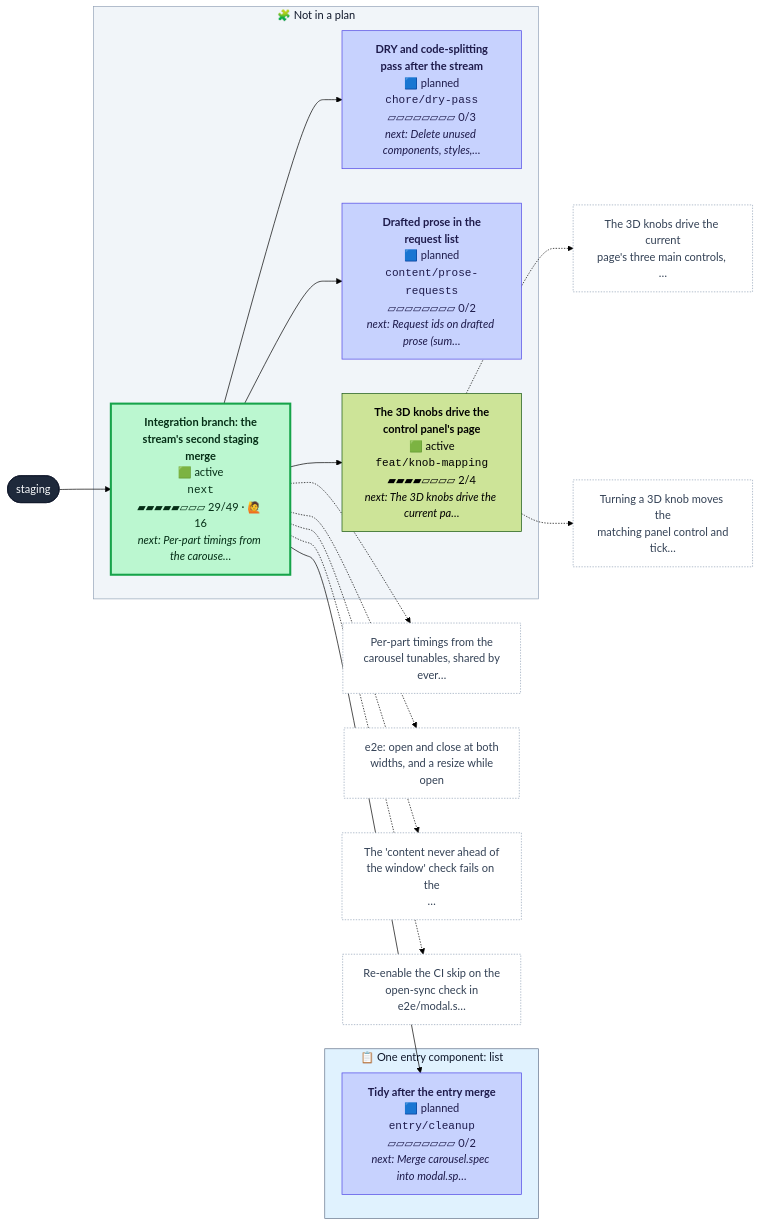
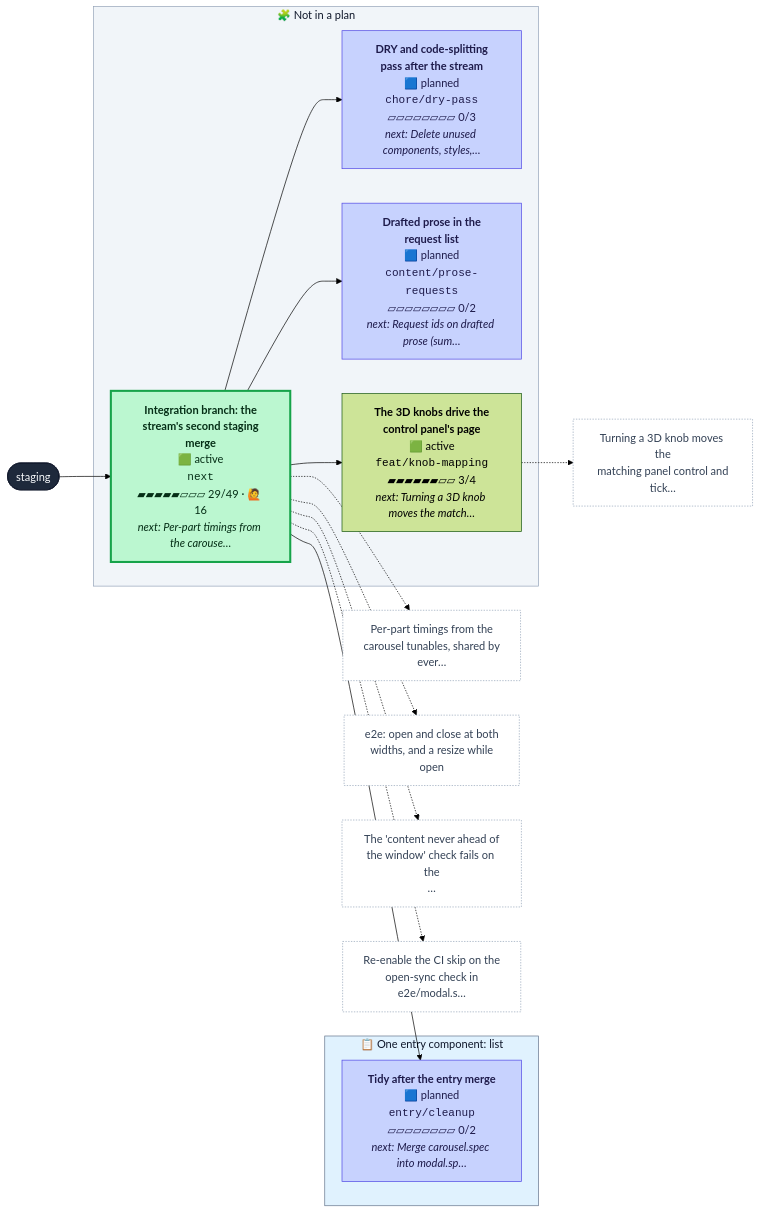
Before and after one commit to henryjonescodes/portfolio: the first of 2 diagrams in CONTRIBUTING.md, drawn with Mermaid (forest theme). The commit also changed other lines of this file, not shown here.

````diff
--- a/CONTRIBUTING.md
+++ b/CONTRIBUTING.md
@@ -16,53 +16,50 @@
 ```mermaid
 flowchart LR
   n_staging([staging])
   class n_staging trunk
   subgraph plan_0["📋 One entry component: list"]
     n_entry_cleanup["<b>Tidy after the entry merge</b><br/>🟦 planned<br/><code>entry/cleanup</code><br/>▱▱▱▱▱▱▱▱ 0/2<br/><i>next: Merge carousel.spec into modal.sp…</i>"]
     class n_entry_cleanup planned
   end
   style plan_0 fill:#e0f2fe,stroke:#64748b,color:#0f172a
   subgraph loose["🧩 Not in a plan"]
     n_chore_dry_pass["<b>DRY and code-splitting<br/>pass after the stream</b><br/>🟦 planned<br/><code>chore/dry-pass</code><br/>▱▱▱▱▱▱▱▱ 0/3<br/><i>next: Delete unused components, styles,…</i>"]
     class n_chore_dry_pass planned
     n_content_prose_requests["<b>Drafted prose in the<br/>request list</b><br/>🟦 planned<br/><code>content/prose-requests</code><br/>▱▱▱▱▱▱▱▱ 0/2<br/><i>next: Request ids on drafted prose (sum…</i>"]
     class n_content_prose_requests planned
-    n_feat_knob_mapping["<b>The 3D knobs drive the<br/>control panel's page</b><br/>🟩 active<br/><code>feat/knob-mapping</code><br/>▰▰▰▰▱▱▱▱ 2/4<br/><i>next: The 3D knobs drive the current pa…</i>"]
+    n_feat_knob_mapping["<b>The 3D knobs drive the<br/>control panel's page</b><br/>🟩 active<br/><code>feat/knob-mapping</code><br/>▰▰▰▰▰▰▱▱ 3/4<br/><i>next: Turning a 3D knob moves the match…</i>"]
     class n_feat_knob_mapping active,current
     n_next["<b>Integration branch: the<br/>stream's second staging<br/>merge</b><br/>🟩 active<br/><code>next</code><br/>▰▰▰▰▰▱▱▱ 29/49 · 🙋 16<br/><i>next: Per-part timings from the carouse…</i>"]
     class n_next active
   end
   style loose fill:#f1f5f9,stroke:#94a3b8,color:#0f172a
   n_next --> n_chore_dry_pass
   n_next --> n_content_prose_requests
   n_next --> n_entry_cleanup
   n_next --> n_feat_knob_mapping
   n_staging --> n_next
-  n_feat_knob_mapping_t0["The 3D knobs drive the current<br/>page's three main controls, …"]
+  n_feat_knob_mapping_t0["Turning a 3D knob moves the<br/>matching panel control and<br/>tick…"]
   class n_feat_knob_mapping_t0 todo
   n_feat_knob_mapping -.-> n_feat_knob_mapping_t0
-  n_feat_knob_mapping_t1["Turning a 3D knob moves the<br/>matching panel control and<br/>tick…"]
-  class n_feat_knob_mapping_t1 todo
-  n_feat_knob_mapping -.-> n_feat_knob_mapping_t1
   n_next_t0["Per-part timings from the<br/>carousel tunables, shared by<br/>ever…"]
   class n_next_t0 todo
   n_next -.-> n_next_t0
   n_next_t1["e2e: open and close at both<br/>widths, and a resize while<br/>open"]
   class n_next_t1 todo
   n_next -.-> n_next_t1
   n_next_t2["The 'content never ahead of<br/>the window' check fails on the<br/>…"]
   class n_next_t2 todo
   n_next -.-> n_next_t2
   n_next_t3["Re-enable the CI skip on the<br/>open-sync check in<br/>e2e/modal.s…"]
   class n_next_t3 todo
   n_next -.-> n_next_t3
   classDef merged fill:#dcfce7,stroke:#16a34a,color:#052e16
   classDef todo fill:#ffffff,stroke:#94a3b8,stroke-dasharray:2 2,color:#334155
   classDef planned fill:#c7d2fe,stroke:#4f46e5,color:#1e1b4b
   classDef sketched fill:#f8fafc,stroke:#64748b,stroke-dasharray:4 3,color:#334155
   classDef active fill:#bbf7d0,stroke:#16a34a,stroke-width:3px,color:#052e16
   classDef review fill:#fde68a,stroke:#d97706,stroke-width:3px,color:#451a03
   classDef blocked fill:#fecaca,stroke:#dc2626,stroke-width:3px,color:#450a0a
   classDef trunk fill:#1e293b,stroke:#0f172a,color:#f8fafc
   classDef current stroke:#0ea5e9,stroke-width:5px
 ```
````
